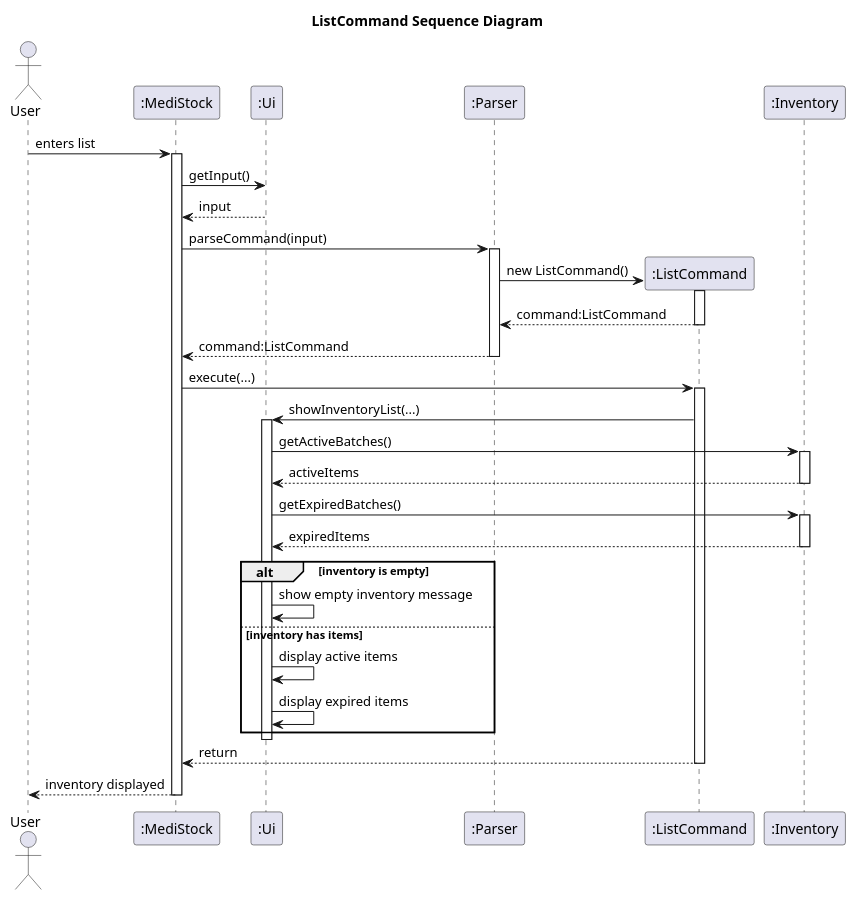
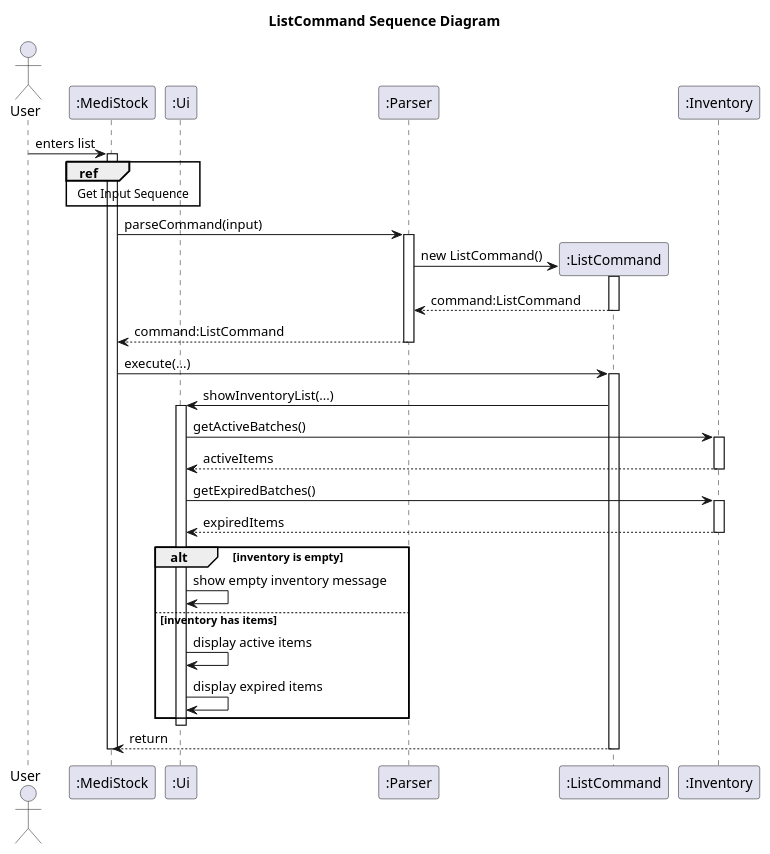
One commit to Yonish18/tp changed the diagram in docs/uml/ListCommandSequenceDiagram.puml. Above: the diagram before and after it, drawn with PlantUML. The commit also changed 25 other files, not shown here.

First line of the commit message:
Updated DG to correct sequence diagrams.

```diff
--- a/docs/uml/ListCommandSequenceDiagram.puml
+++ b/docs/uml/ListCommandSequenceDiagram.puml
@@ -1,59 +1,58 @@
 @startuml
 title ListCommand Sequence Diagram
 
 actor User
 participant ":MediStock" as App
 participant ":Ui" as Ui
 participant ":Parser" as Parser
 participant ":ListCommand" as ListCommand
 participant ":Inventory" as Inventory
 
 User -> App : enters list
 activate App
-
-App -> Ui : getInput()
-Ui --> App : input
+ref over App, Ui
+    Get Input Sequence
+end
 
 App -> Parser : parseCommand(input)
 activate Parser
 
 create ListCommand
 Parser -> ListCommand : new ListCommand()
 activate ListCommand
 ListCommand --> Parser : command:ListCommand
 deactivate ListCommand
 
 Parser --> App : command:ListCommand
 deactivate Parser
 
 App -> ListCommand : execute(...)
 activate ListCommand
 
 ListCommand -> Ui : showInventoryList(...)
 activate Ui
 
 Ui -> Inventory : getActiveBatches()
 activate Inventory
 Inventory --> Ui : activeItems
 deactivate Inventory
 
 Ui -> Inventory : getExpiredBatches()
 activate Inventory
 Inventory --> Ui : expiredItems
 deactivate Inventory
 
 alt inventory is empty
     Ui -> Ui : show empty inventory message
 else inventory has items
     Ui -> Ui : display active items
     Ui -> Ui : display expired items
 end
 
 deactivate Ui
 ListCommand --> App : return
 deactivate ListCommand
 
-App --> User : inventory displayed
 deactivate App
 
 @enduml
```
